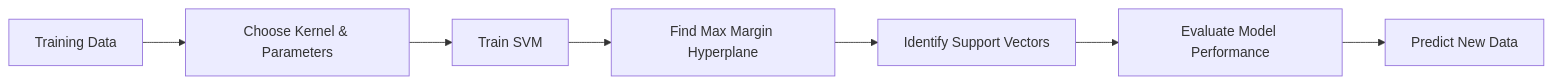
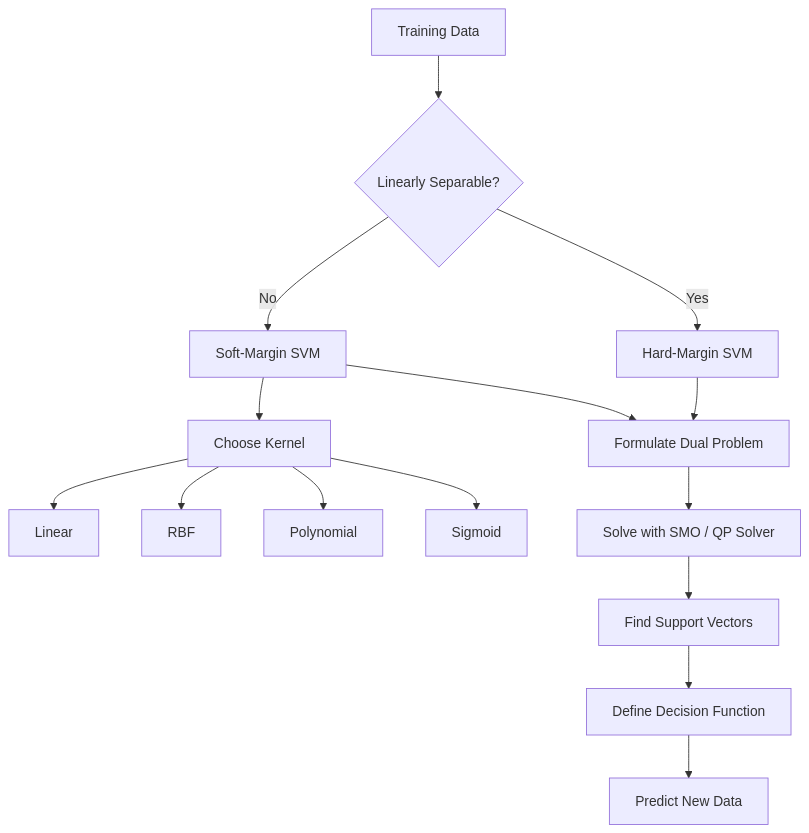
One commit to Raushan666java/ai-engineering-journey changed the first of 2 diagrams in docs/courses/machine-learning/06-support-vector-machines.md. Above: the diagram before and after it, drawn with Mermaid. The commit also changed other lines of this file and 41 other files, not shown here.

````diff
--- a/docs/courses/machine-learning/06-support-vector-machines.md
+++ b/docs/courses/machine-learning/06-support-vector-machines.md
@@ -29,9 +33,16 @@
 ```mermaid
-flowchart LR
-    A[Training Data] --> B[Choose Kernel & Parameters]
-    B --> C[Train SVM]
-    C --> D[Find Max Margin Hyperplane]
-    D --> E[Identify Support Vectors]
-    E --> F[Evaluate Model Performance]
-    F --> G[Predict New Data]
+flowchart TD
+    A[Training Data] --> B{Linearly Separable?}
+    B -->|Yes| C[Hard-Margin SVM]
+    B -->|No| D[Soft-Margin SVM]
+    D --> E[Choose Kernel]
+    E --> F[Linear]
+    E --> G[RBF]
+    E --> H[Polynomial]
+    E --> I[Sigmoid]
+    C & D --> J[Formulate Dual Problem]
+    J --> K[Solve with SMO / QP Solver]
+    K --> L[Find Support Vectors]
+    L --> M[Define Decision Function]
+    M --> N[Predict New Data]
 ```
````
